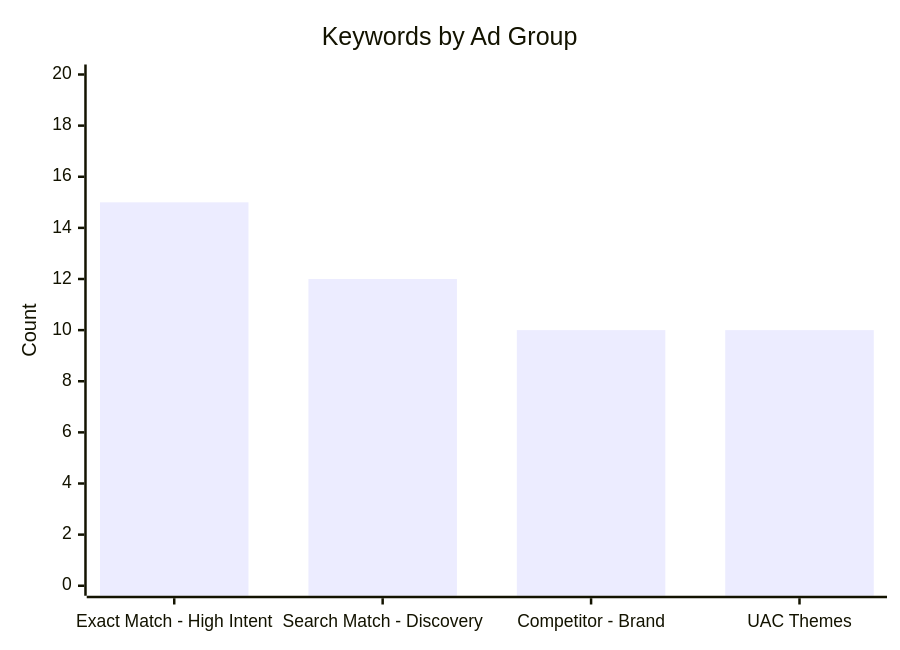
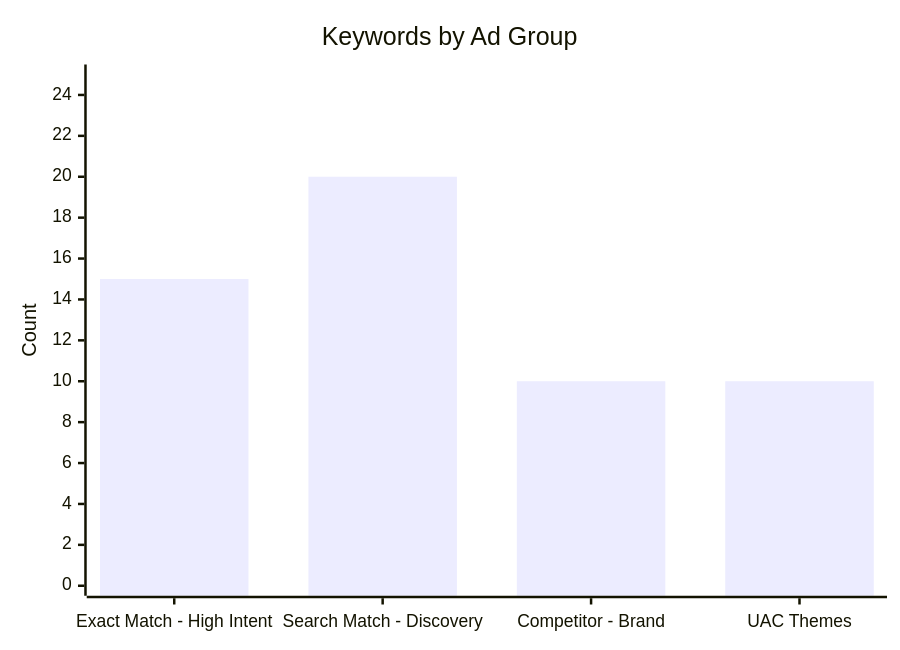
One commit to IgorGanapolsky/Random-Timer changed the fourth of 5 diagrams in wiki/Daily-Metrics-Dashboard.md. Above: the diagram before and after it, drawn with Mermaid. The commit also changed other lines of this file and 534 other files, not shown here.

````diff
--- a/wiki/Daily-Metrics-Dashboard.md
+++ b/wiki/Daily-Metrics-Dashboard.md
@@ -139,7 +177,7 @@
 ```mermaid
 xychart-beta
     title "Keywords by Ad Group"
     x-axis ["Exact Match - High Intent" , "Search Match - Discovery" , "Competitor - Brand" , "UAC Themes"]
-    y-axis "Count" 0 --> 20
-    bar [15 , 12 , 10 , 10]
+    y-axis "Count" 0 --> 25
+    bar [15 , 20 , 10 , 10]
 ```
````
